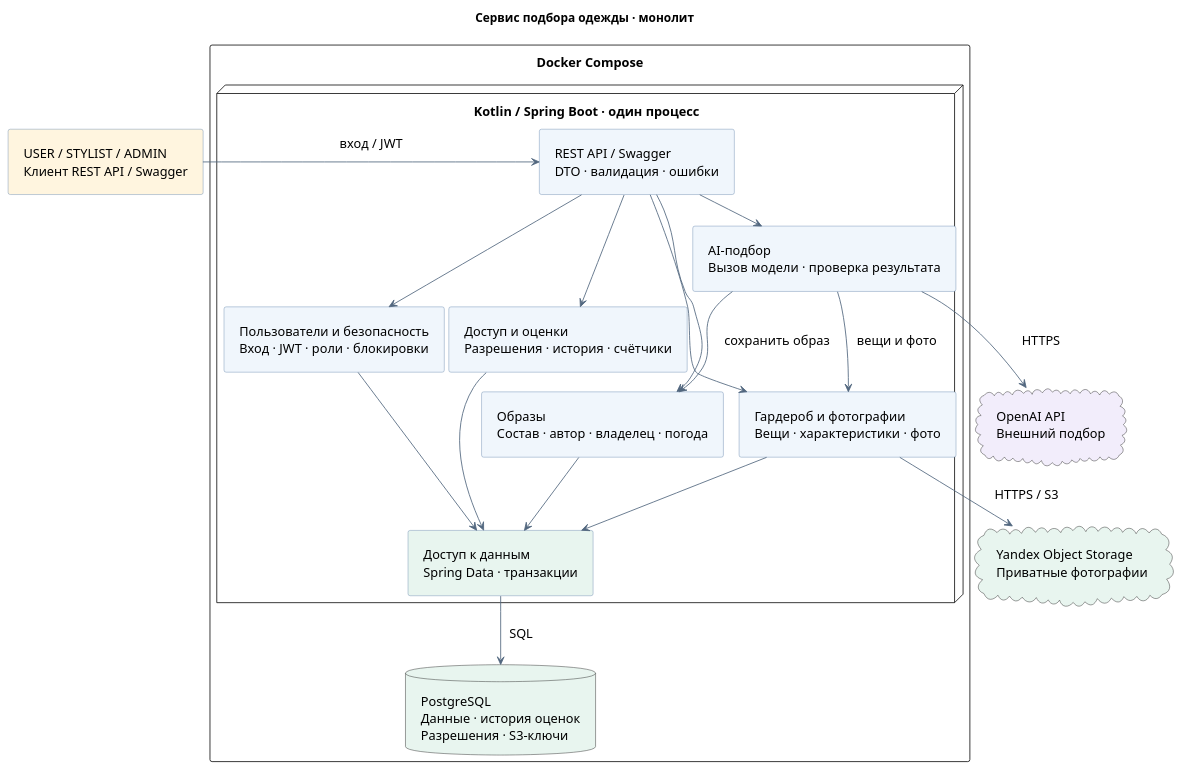
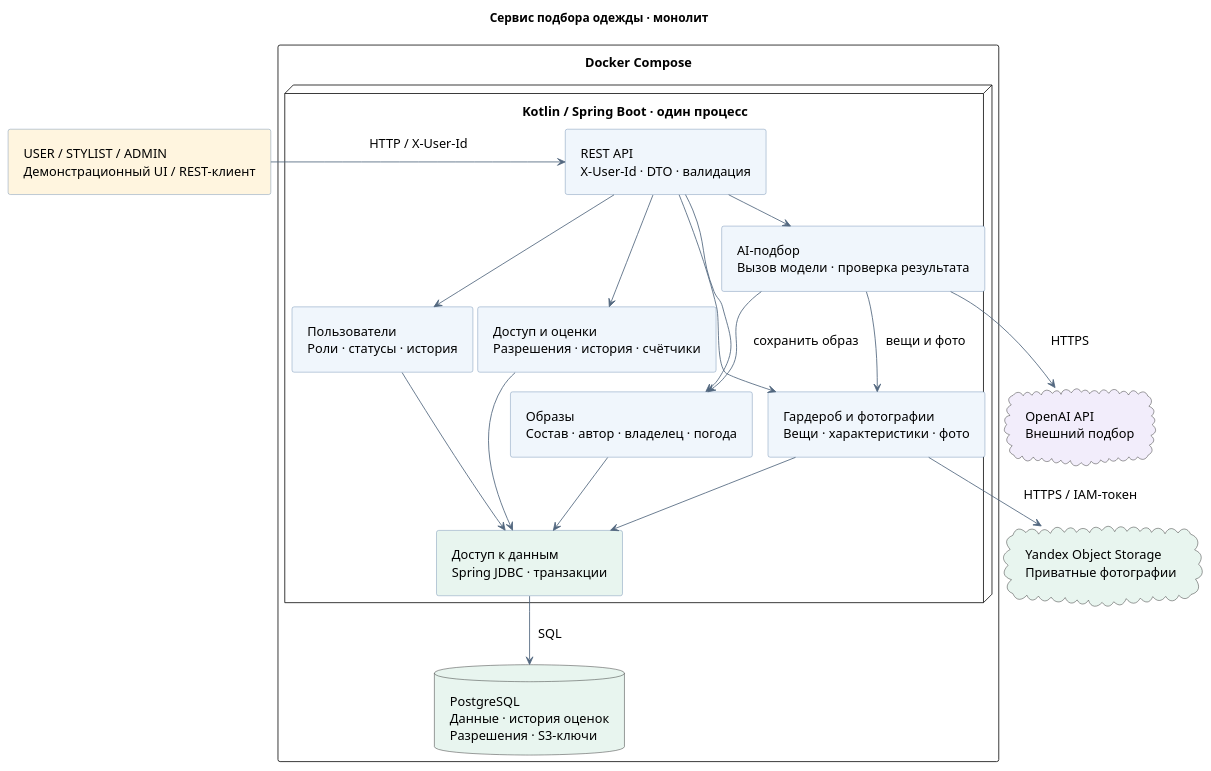
The diagram in docs/architecture.puml (SimeonGor/clothes-advisor), drawn with PlantUML before and after one commit. The commit also changed 7 other files, not shown here.

Commit message:
docs: update local setup and architecture after lab review

```diff
--- a/docs/architecture.puml
+++ b/docs/architecture.puml
@@ -1,52 +1,52 @@
 @startuml architecture
 !pragma layout smetana
 skinparam backgroundColor #FFFFFF
 skinparam defaultFontName SansSerif
 skinparam defaultFontSize 15
 skinparam shadowing false
 skinparam componentStyle rectangle
 skinparam packageStyle rectangle
 skinparam ArrowColor #52677F
 skinparam nodesep 30
 skinparam ranksep 40
 skinparam padding 8
 skinparam componentBackgroundColor #F0F6FC
 skinparam componentBorderColor #6485AD
 
 title Сервис подбора одежды · монолит
 
-component "USER / STYLIST / ADMIN\nКлиент REST API / Swagger" as client #FFF5DF
+component "USER / STYLIST / ADMIN\nДемонстрационный UI / REST-клиент" as client #FFF5DF
 
 rectangle "Docker Compose" {
   node "Kotlin / Spring Boot · один процесс" {
-    component "REST API / Swagger\nDTO · валидация · ошибки" as api
-    component "Пользователи и безопасность\nВход · JWT · роли · блокировки" as identity
+    component "REST API\nX-User-Id · DTO · валидация" as api
+    component "Пользователи\nРоли · статусы · история" as identity
     component "Гардероб и фотографии\nВещи · характеристики · фото" as wardrobe
     component "Образы\nСостав · автор · владелец · погода" as outfits
     component "Доступ и оценки\nРазрешения · история · счётчики" as ratings
     component "AI-подбор\nВызов модели · проверка результата" as recommendations
-    component "Доступ к данным\nSpring Data · транзакции" as persistence #E8F5EF
+    component "Доступ к данным\nSpring JDBC · транзакции" as persistence #E8F5EF
 
     api --> identity
     api --> wardrobe
     api --> outfits
     api --> ratings
     api --> recommendations
     identity --> persistence
     wardrobe --> persistence
     outfits --> persistence
     ratings --> persistence
     recommendations --> wardrobe : вещи и фото
     recommendations --> outfits : сохранить образ
   }
   database "PostgreSQL\nДанные · история оценок\nРазрешения · S3-ключи" as db #E8F5EF
   persistence --> db : SQL
 }
 
 cloud "Yandex Object Storage\nПриватные фотографии" as s3 #E8F5EF
 cloud "OpenAI API\nВнешний подбор" as openai #F2EDFB
-client -right-> api : вход / JWT
-wardrobe --> s3 : HTTPS / S3
+client -right-> api : HTTP / X-User-Id
+wardrobe --> s3 : HTTPS / IAM-токен
 recommendations --> openai : HTTPS
 
 @enduml
```
